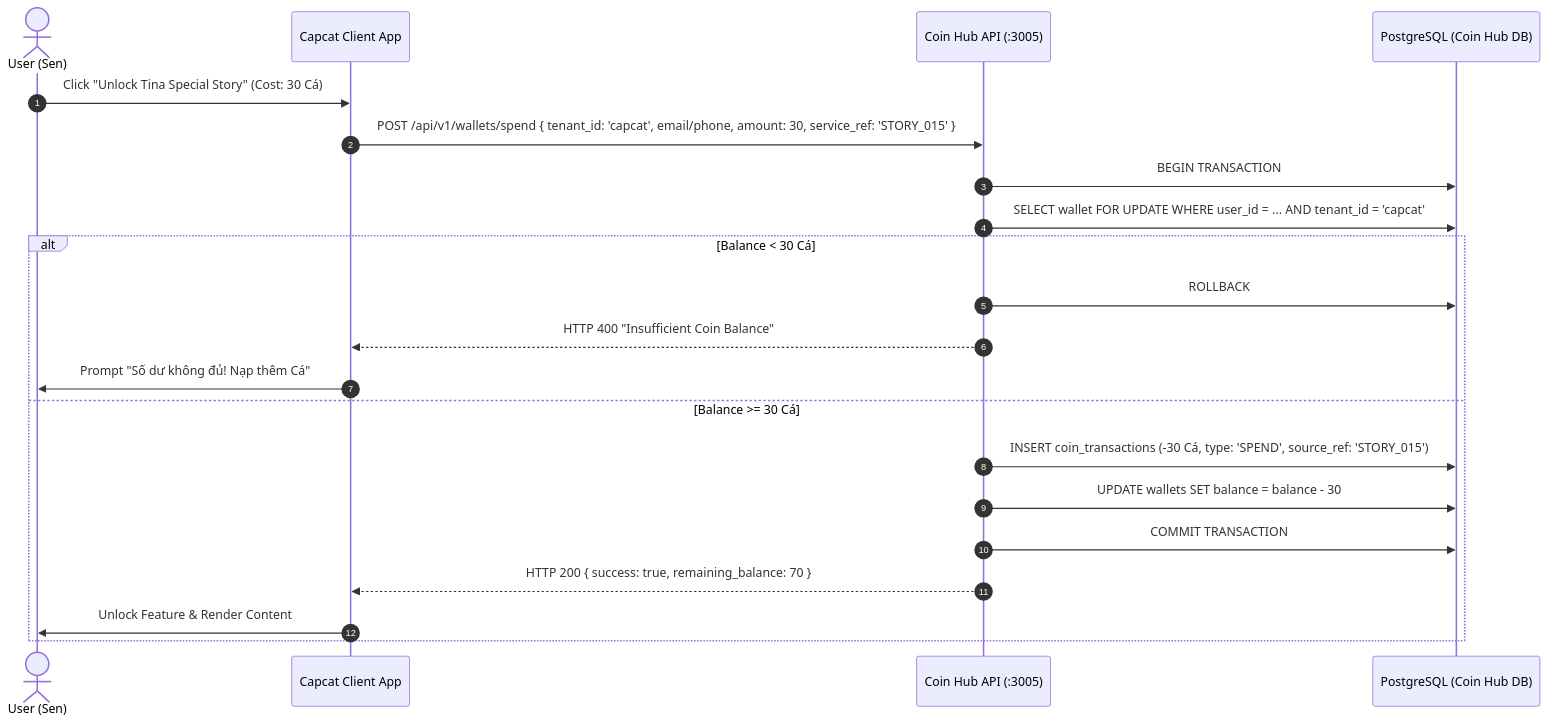
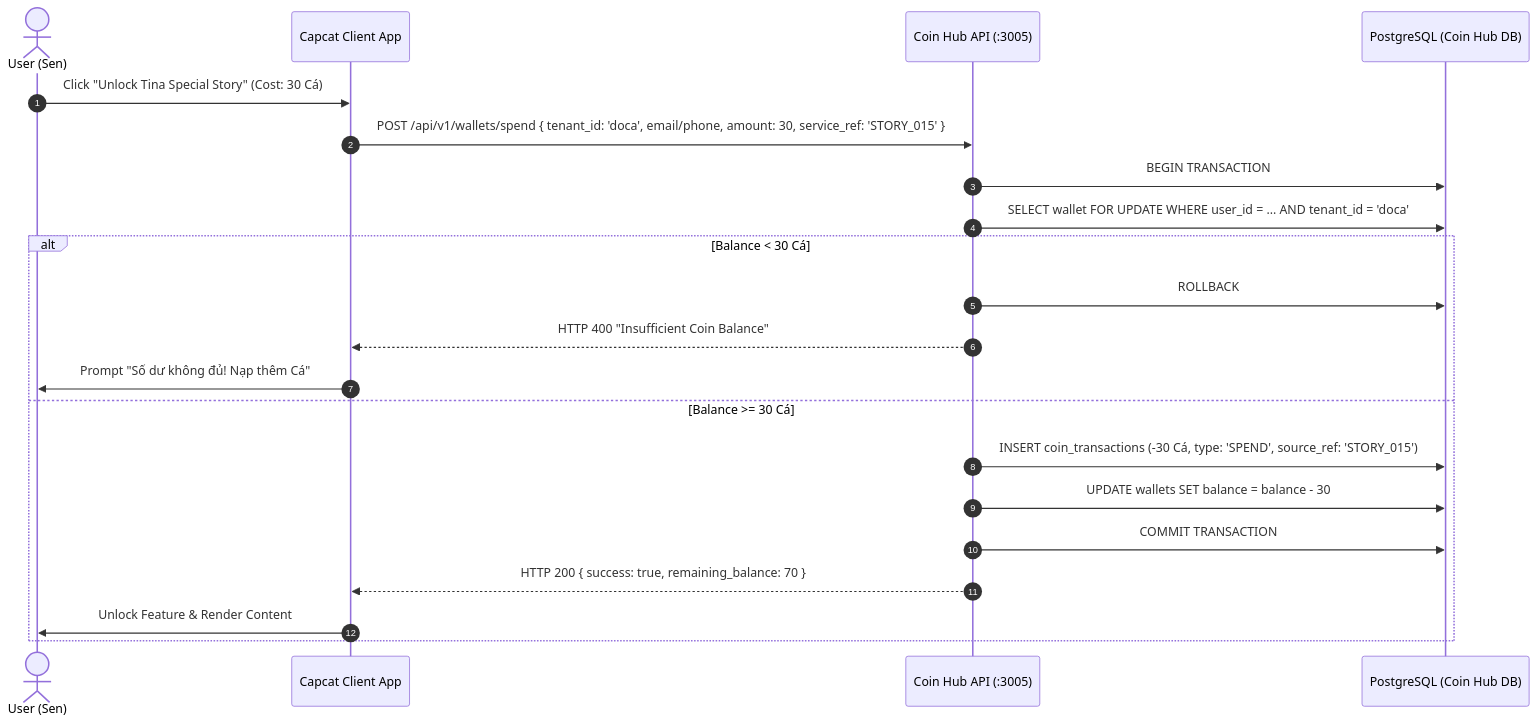
One commit to capcattech-stack/doca-umbrella-workspace changed diagram 12 of 12 in docs/planning/flows.md. Above: the diagram before and after it, drawn with Mermaid. The commit also changed other lines of this file and 10 other files, not shown here.

Commit message:
docs(doca-coin-hub): rebrand to Doca Coin Hub and standardize database conventions

````diff
--- a/docs/planning/flows.md
+++ b/docs/planning/flows.md
@@ -342,24 +342,24 @@
 ```mermaid
 sequenceDiagram
     autonumber
     actor User as User (Sen)
     participant Client as Capcat Client App
     participant Hub as Coin Hub API (:3005)
     participant DB as PostgreSQL (Coin Hub DB)
 
     User->>Client: Click "Unlock Tina Special Story" (Cost: 30 Cá)
-    Client->>Hub: POST /api/v1/wallets/spend { tenant_id: 'capcat', email/phone, amount: 30, service_ref: 'STORY_015' }
+    Client->>Hub: POST /api/v1/wallets/spend { tenant_id: 'doca', email/phone, amount: 30, service_ref: 'STORY_015' }
     Hub->>DB: BEGIN TRANSACTION
-    Hub->>DB: SELECT wallet FOR UPDATE WHERE user_id = ... AND tenant_id = 'capcat'
+    Hub->>DB: SELECT wallet FOR UPDATE WHERE user_id = ... AND tenant_id = 'doca'
     alt Balance < 30 Cá
         Hub->>DB: ROLLBACK
         Hub-->>Client: HTTP 400 "Insufficient Coin Balance"
         Client->>User: Prompt "Số dư không đủ! Nạp thêm Cá"
     else Balance >= 30 Cá
         Hub->>DB: INSERT coin_transactions (-30 Cá, type: 'SPEND', source_ref: 'STORY_015')
         Hub->>DB: UPDATE wallets SET balance = balance - 30
         Hub->>DB: COMMIT TRANSACTION
         Hub-->>Client: HTTP 200 { success: true, remaining_balance: 70 }
         Client->>User: Unlock Feature & Render Content
     end
 ```
````
